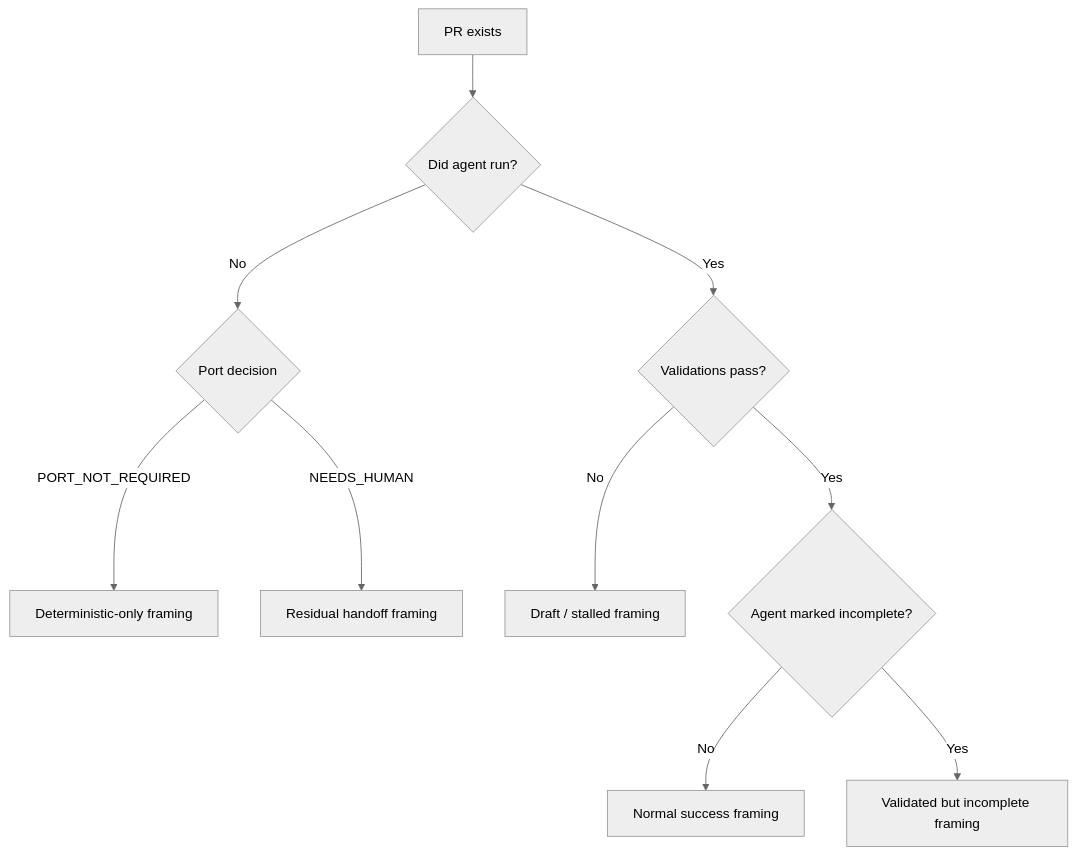
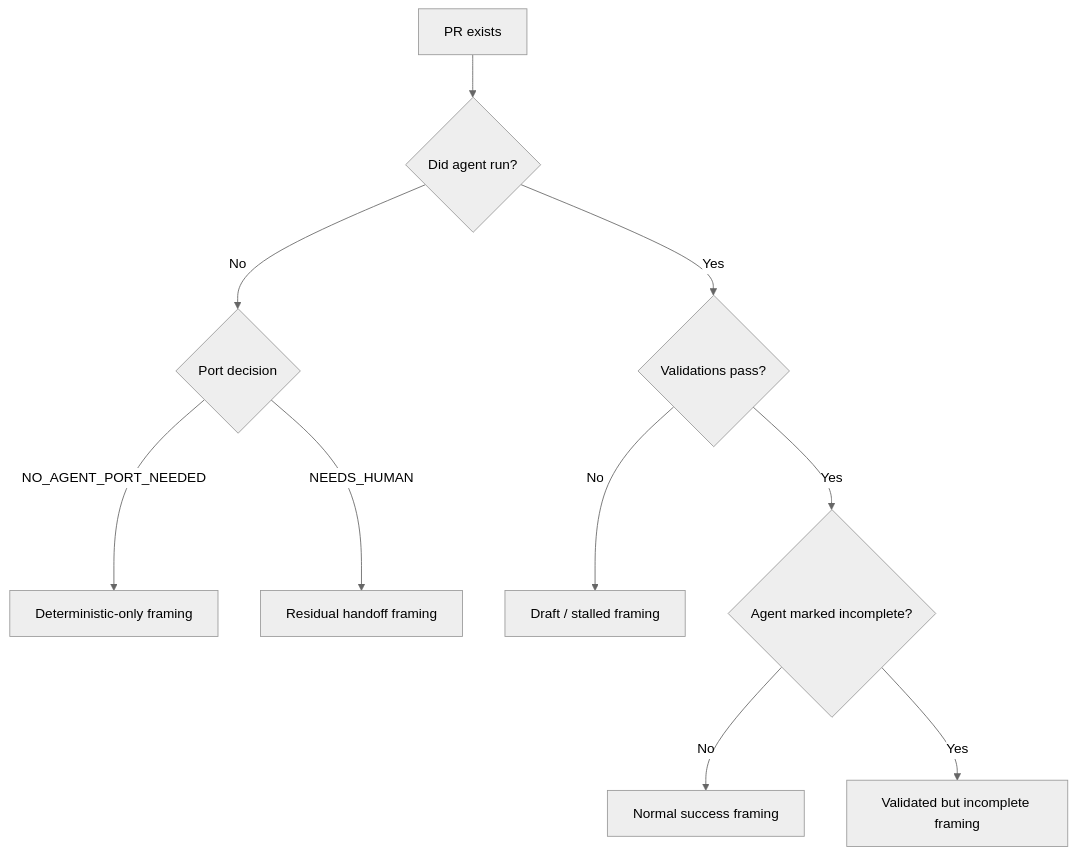
Before and after one commit to superbuilders/repo-port-bot: the second of 2 diagrams in docs/arch/state-machine.md, drawn with Mermaid (neutral theme). The commit also changed other lines of this file and 22 other files, not shown here.

````diff
--- a/docs/arch/state-machine.md
+++ b/docs/arch/state-machine.md
@@ -135,13 +138,13 @@
 ```mermaid
 flowchart TD
     A[PR exists] --> B{Did agent run?}
     B -->|No| C{Port decision}
-    C -->|PORT_NOT_REQUIRED| D[Deterministic-only framing]
+    C -->|NO_AGENT_PORT_NEEDED| D[Deterministic-only framing]
     C -->|NEEDS_HUMAN| E[Residual handoff framing]
 
     B -->|Yes| F{Validations pass?}
     F -->|No| G[Draft / stalled framing]
     F -->|Yes| H{Agent marked incomplete?}
     H -->|No| I[Normal success framing]
     H -->|Yes| J[Validated but incomplete framing]
 ```
````
